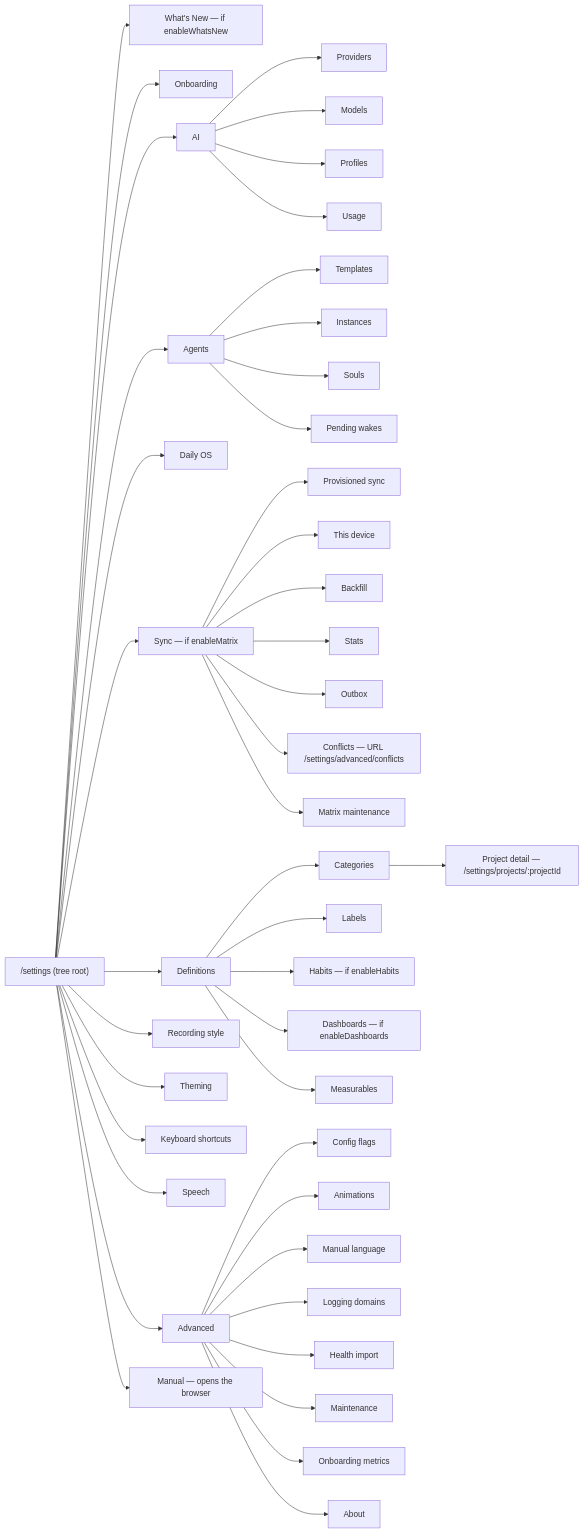
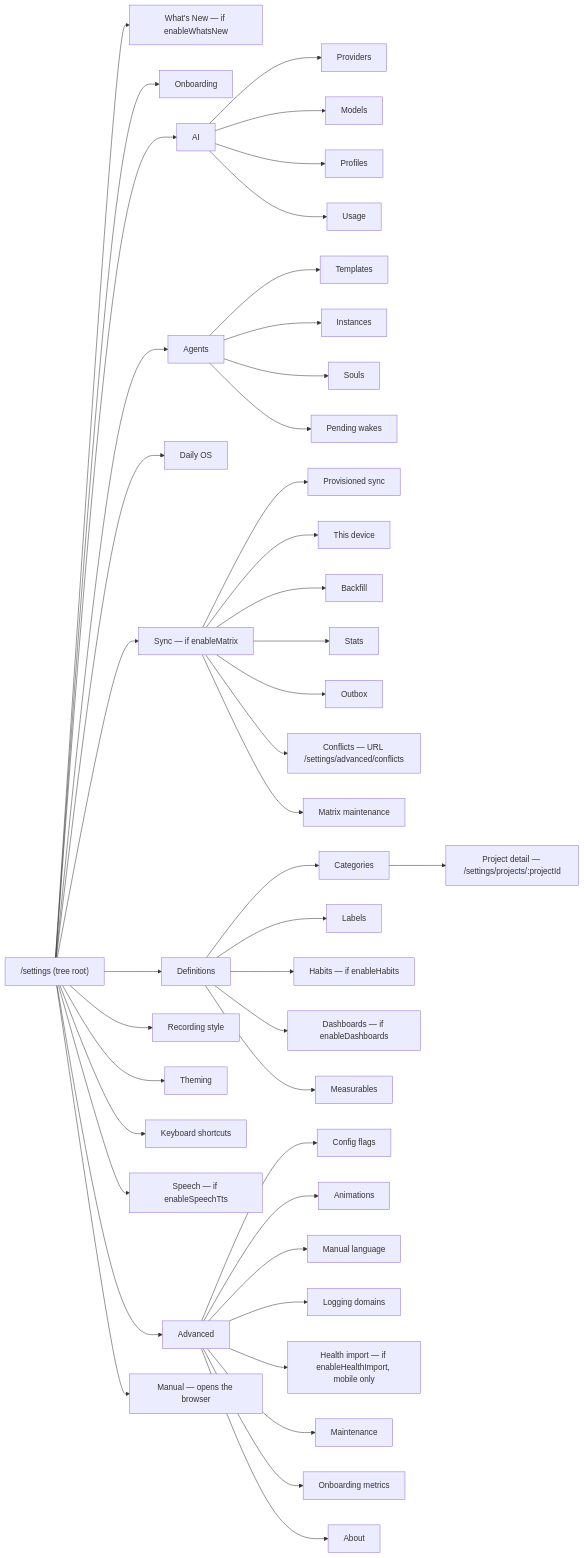
Before and after one commit to matthiasn/lotti: the second of 2 diagrams in knowledge/features/settings.md, drawn with Mermaid. The commit also changed 25 other files, not shown here.

````diff
--- a/knowledge/features/settings.md
+++ b/knowledge/features/settings.md
@@ -72,50 +72,50 @@
 ```mermaid
 flowchart LR
   Landing["/settings (tree root)"] --> WhatsNew["What's New — if enableWhatsNew"]
   Landing --> Onboarding["Onboarding"]
   Landing --> AI["AI"]
   Landing --> Agents["Agents"]
   Landing --> DailyOs["Daily OS"]
   Landing --> Sync["Sync — if enableMatrix"]
   Landing --> Definitions["Definitions"]
   Landing --> RecordingStyle["Recording style"]
   Landing --> Theming["Theming"]
   Landing --> Keyboard["Keyboard shortcuts"]
-  Landing --> Speech["Speech"]
+  Landing --> Speech["Speech — if enableSpeechTts"]
   Landing --> Advanced["Advanced"]
   Landing --> Manual["Manual — opens the browser"]
 
   AI --> AiProviders["Providers"]
   AI --> AiModels["Models"]
   AI --> AiProfiles["Profiles"]
   AI --> AiUsage["Usage"]
 
   Agents --> AgentTemplates["Templates"]
   Agents --> AgentInstances["Instances"]
   Agents --> AgentSouls["Souls"]
   Agents --> AgentWakes["Pending wakes"]
 
   Sync --> Provisioned["Provisioned sync"]
   Sync --> NodeProfile["This device"]
   Sync --> Backfill["Backfill"]
   Sync --> SyncStats["Stats"]
   Sync --> Outbox["Outbox"]
   Sync --> Conflicts["Conflicts — URL /settings/advanced/conflicts"]
   Sync --> MatrixMaint["Matrix maintenance"]
 
   Definitions --> Categories["Categories"]
   Definitions --> Labels["Labels"]
   Definitions --> Habits["Habits — if enableHabits"]
   Definitions --> Dashboards["Dashboards — if enableDashboards"]
   Definitions --> Measurables["Measurables"]
   Categories --> Projects["Project detail — /settings/projects/:projectId"]
 
   Advanced --> Flags["Config flags"]
   Advanced --> Animations["Animations"]
   Advanced --> ManualLanguage["Manual language"]
   Advanced --> Logging["Logging domains"]
-  Advanced --> HealthImport["Health import"]
+  Advanced --> HealthImport["Health import — if enableHealthImport, mobile only"]
   Advanced --> Maintenance["Maintenance"]
   Advanced --> OnboardingMetrics["Onboarding metrics"]
   Advanced --> About["About"]
 ```
````
